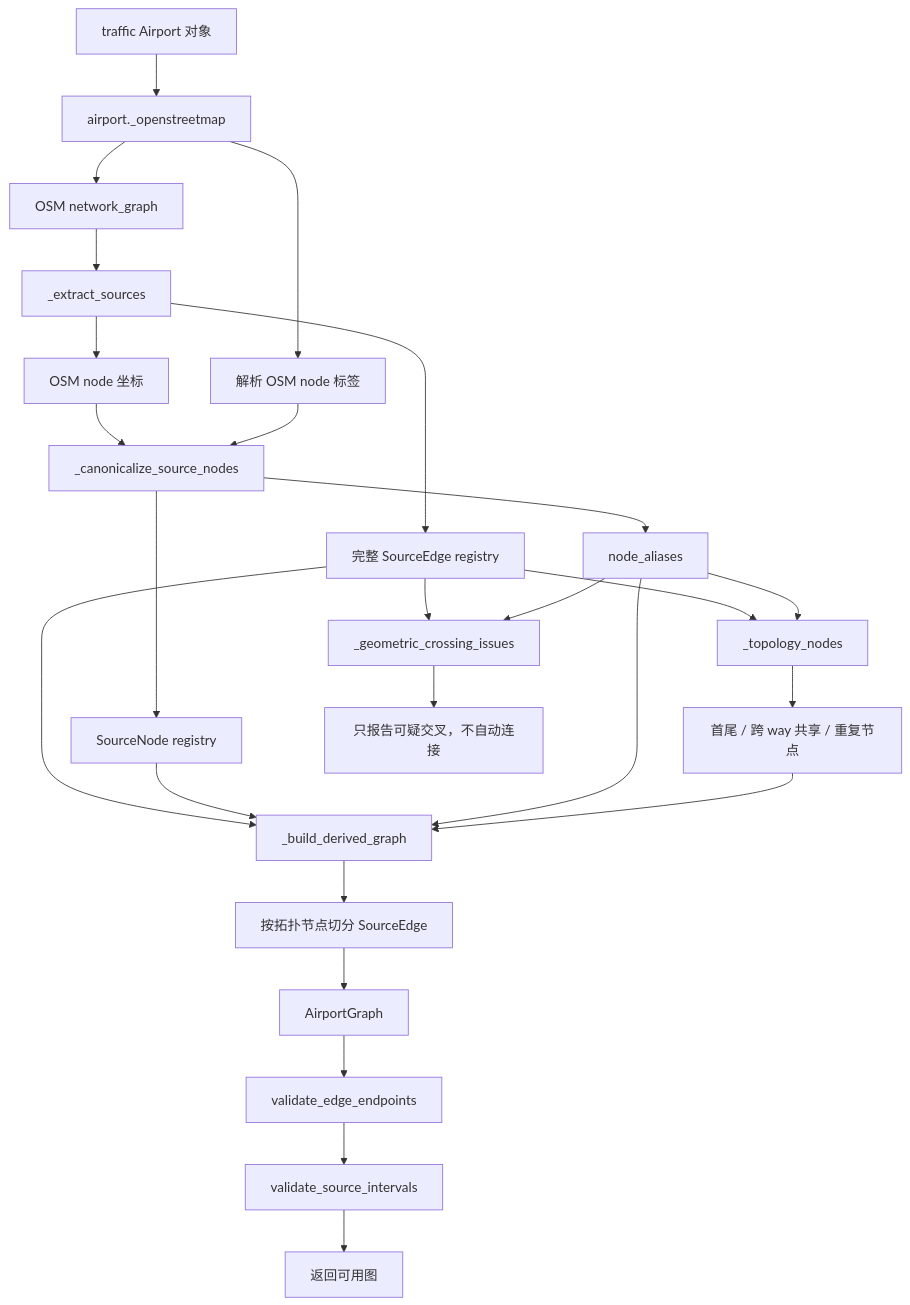
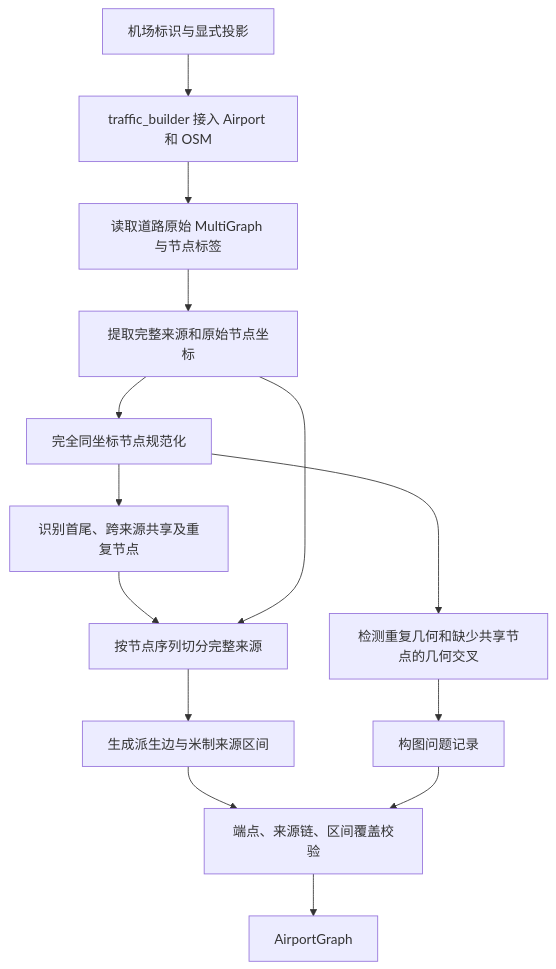
Before and after one commit to Zhouxing67/adsb-processing: the third of 3 diagrams in docs/airport_surface.md, drawn with Mermaid. The commit also changed other lines of this file and 2 other files, not shown here.

Commit message:
Refresh airport graph and map matching docs

````diff
--- a/docs/airport_surface.md
+++ b/docs/airport_surface.md
@@ -315,33 +146,16 @@
 ```mermaid
 flowchart TD
-    A[traffic Airport 对象] --> B[airport._openstreetmap]
-    B --> C[OSM network_graph]
-    C --> D[_extract_sources]
-    D --> E[完整 SourceEdge registry]
-    D --> F[OSM node 坐标]
-
-    B --> G[解析 OSM node 标签]
-    F --> H[_canonicalize_source_nodes]
-    G --> H
-    H --> I[SourceNode registry]
-    H --> J[node_aliases]
-
-    E --> K[_topology_nodes]
+    A[机场标识与显式投影] --> B[traffic_builder 接入 Airport 和 OSM]
+    B --> C[读取道路原始 MultiGraph 与节点标签]
+    C --> D[提取完整来源和原始节点坐标]
+    D --> E[完全同坐标节点规范化]
+    E --> F[识别首尾、跨来源共享及重复节点]
+    E --> G[检测重复几何和缺少共享节点的几何交叉]
+    F --> H[按节点序列切分完整来源]
+    D --> H
+    H --> I[生成派生边与米制来源区间]
+    G --> J[构图问题记录]
+    I --> K[端点、来源链、区间覆盖校验]
     J --> K
-    K --> L[首尾 / 跨 way 共享 / 重复节点]
-
-    E --> M[_geometric_crossing_issues]
-    J --> M
-    M --> N[只报告可疑交叉，不自动连接]
-
-    E --> O[_build_derived_graph]
-    I --> O
-    J --> O
-    L --> O
-    O --> P[按拓扑节点切分 SourceEdge]
-    P --> Q[AirportGraph]
-
-    Q --> R[validate_edge_endpoints]
-    R --> S[validate_source_intervals]
-    S --> T[返回可用图]
+    K --> L[AirportGraph]
 ```
````
